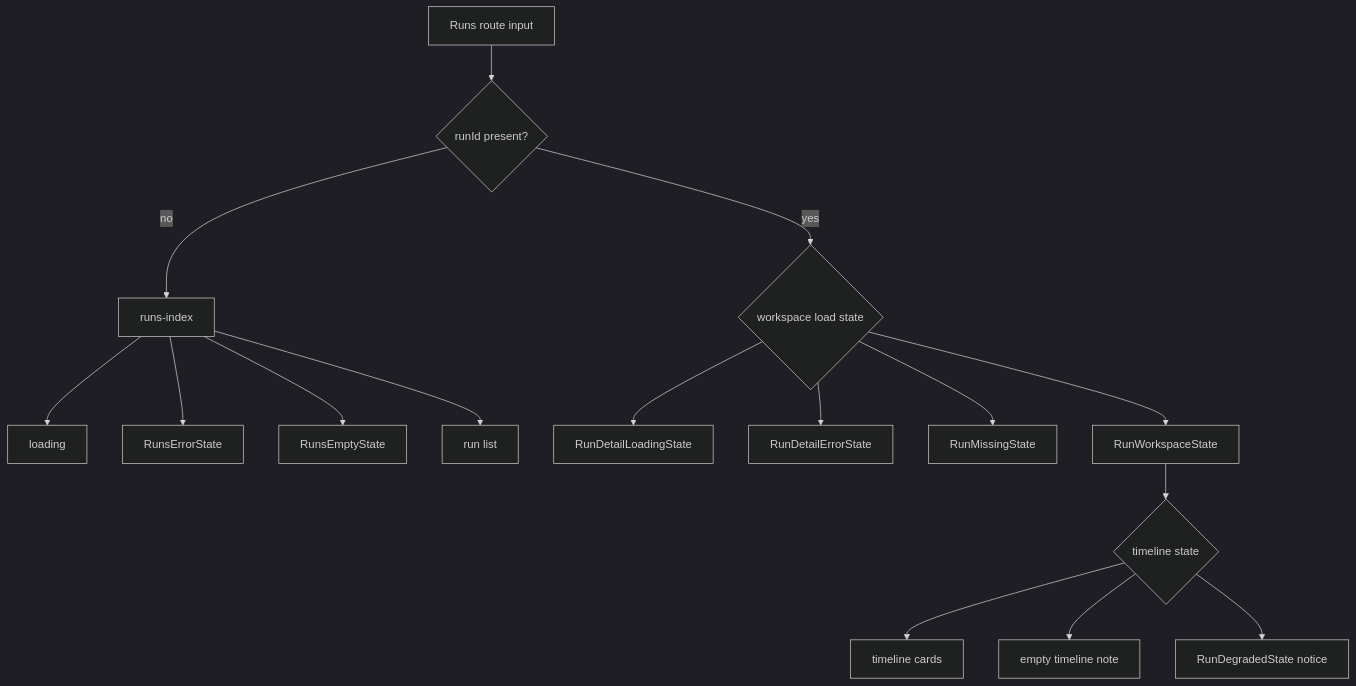
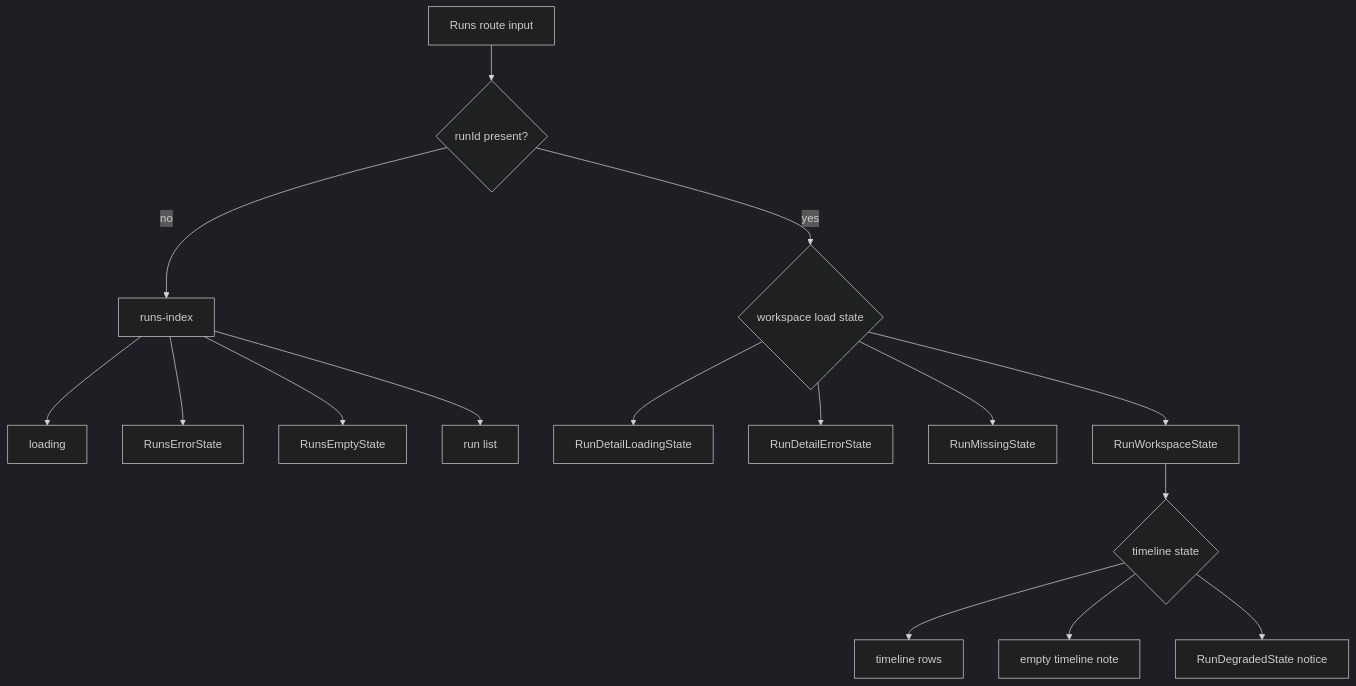
Before and after one commit to dunay2/dvt: the first of 3 diagrams in docs/architecture/components/web/runs/dvt-runs-frontend-architecture.md, drawn with Mermaid (dark theme). The commit also changed other lines of this file and 27 other files, not shown here.

````diff
--- a/docs/architecture/components/web/runs/dvt-runs-frontend-architecture.md
+++ b/docs/architecture/components/web/runs/dvt-runs-frontend-architecture.md
@@ -59,18 +59,18 @@
 ```mermaid
 flowchart TD
   Route["Runs route input"] --> HasRunId{"runId present?"}
   HasRunId -- "no" --> Index["runs-index"]
   HasRunId -- "yes" --> WorkspaceLoad{"workspace load state"}
   Index --> IndexLoading["loading"]
   Index --> IndexError["RunsErrorState"]
   Index --> IndexEmpty["RunsEmptyState"]
   Index --> IndexReady["run list"]
   WorkspaceLoad --> RunLoading["RunDetailLoadingState"]
   WorkspaceLoad --> RunError["RunDetailErrorState"]
   WorkspaceLoad --> RunMissing["RunMissingState"]
   WorkspaceLoad --> RunWorkspace["RunWorkspaceState"]
   RunWorkspace --> TimelineState{"timeline state"}
-  TimelineState --> TimelineAvailable["timeline cards"]
+  TimelineState --> TimelineAvailable["timeline rows"]
   TimelineState --> TimelineEmpty["empty timeline note"]
   TimelineState --> TimelineDegraded["RunDegradedState notice"]
 ```
````
